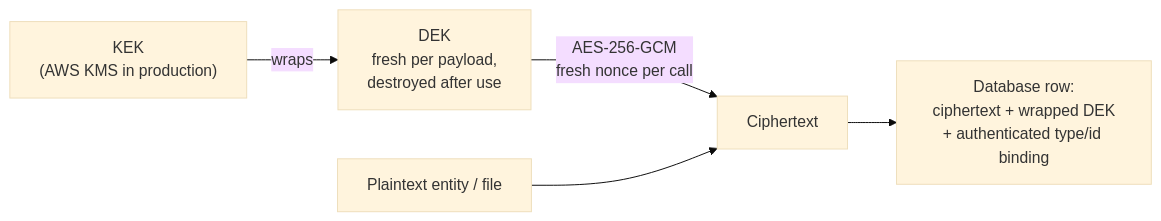
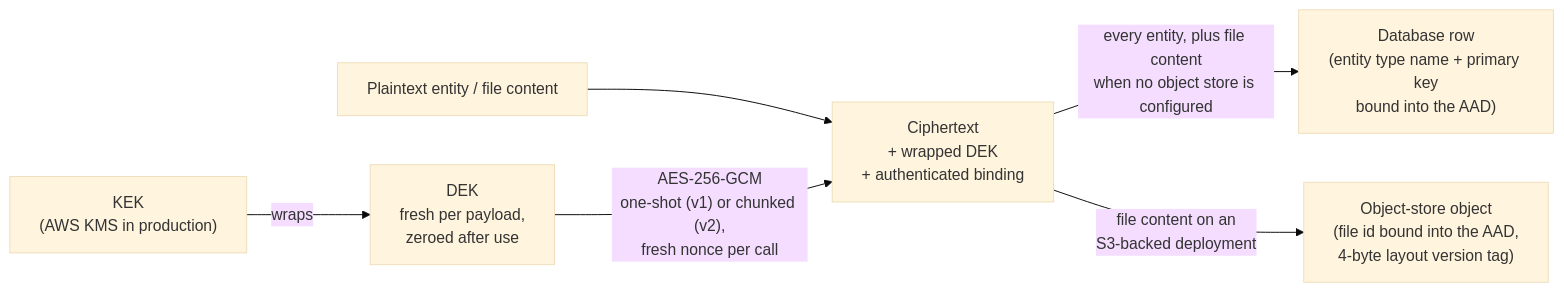
The first of 3 diagrams in docs/security.md (linoalessio/cloud-driver), drawn with Mermaid (base theme) before and after one commit. The commit also changed other lines of this file and 78 other files, not shown here.

Commit message:
Docs: refresh README.md and docs/ against the current code, diagrams include

````diff
--- a/docs/security.md
+++ b/docs/security.md
@@ -14,7 +14,8 @@
 ```mermaid
 flowchart LR
-    KEK["KEK<br/>(AWS KMS in production)"] -->|wraps| DEK["DEK<br/>fresh per payload,<br/>destroyed after use"]
-    DEK -->|"AES-256-GCM<br/>fresh nonce per call"| CT["Ciphertext"]
-    PT["Plaintext entity / file"] --> CT
-    CT --> ROW["Database row:<br/>ciphertext + wrapped DEK<br/>+ authenticated type/id binding"]
+    KEK["KEK<br/>(AWS KMS in production)"] -->|wraps| DEK["DEK<br/>fresh per payload,<br/>zeroed after use"]
+    PT["Plaintext entity / file content"] --> CT
+    DEK -->|"AES-256-GCM<br/>one-shot (v1) or chunked (v2),<br/>fresh nonce per call"| CT["Ciphertext<br/>+ wrapped DEK<br/>+ authenticated binding"]
+    CT -->|"every entity, plus file content<br/>when no object store is configured"| ROW["Database row<br/>(entity type name + primary key<br/>bound into the AAD)"]
+    CT -->|"file content on an<br/>S3-backed deployment"| OBJ["Object-store object<br/>(file id bound into the AAD,<br/>4-byte layout version tag)"]
 ```
````
